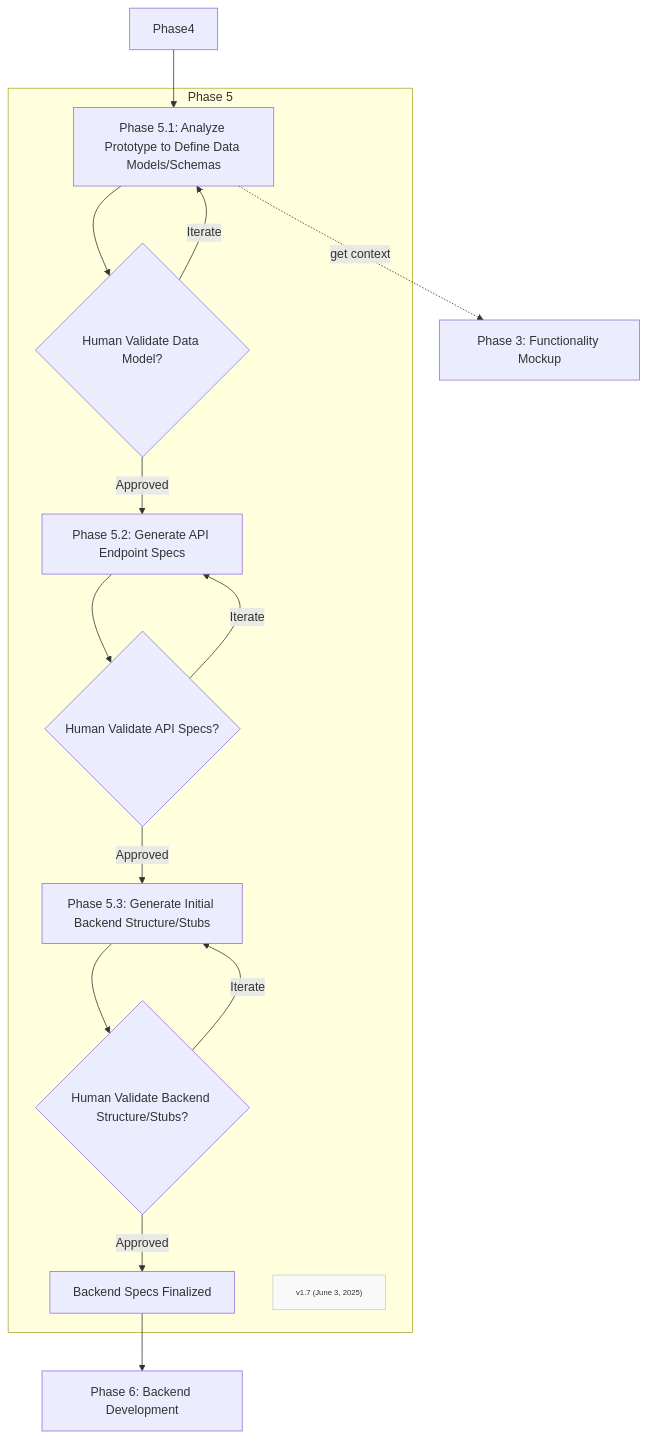
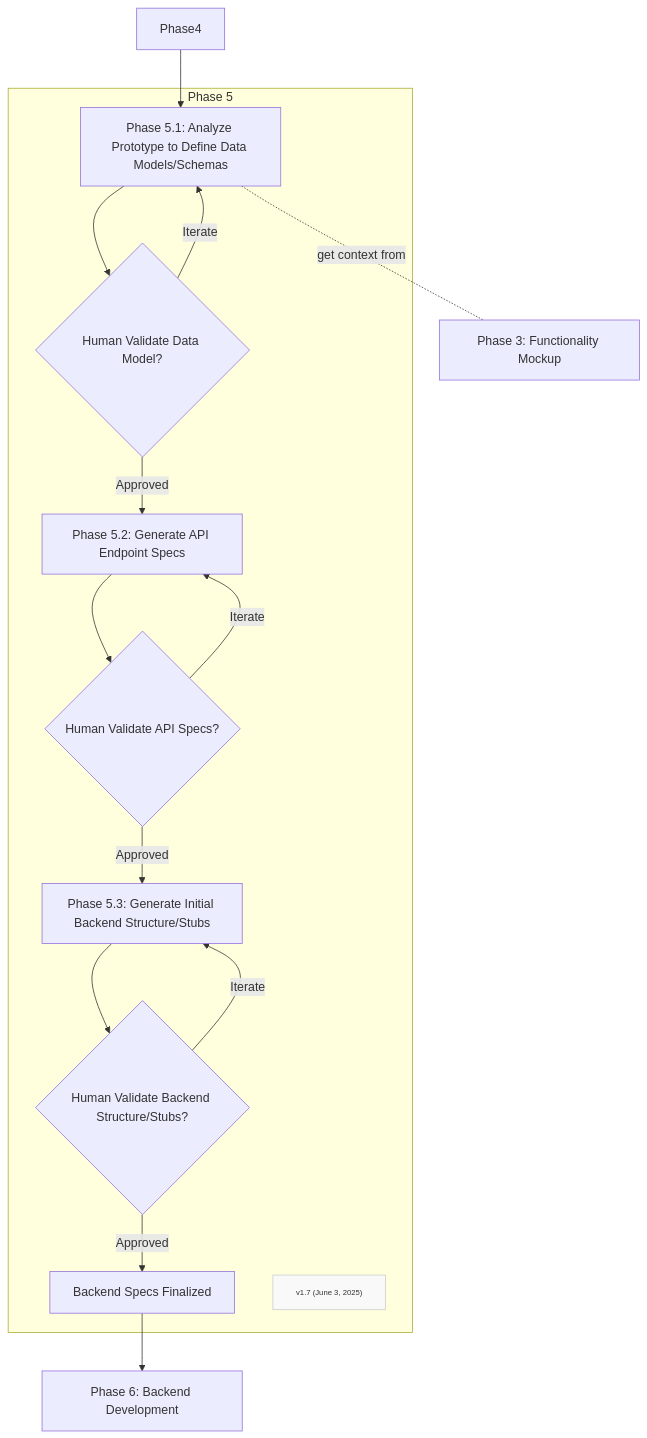
One commit to Mharbulous/Front-First-Method changed the diagram in Phases/FF-phase5.md. Above: the diagram before and after it, drawn with Mermaid.

Commit message:
refine phase 5 diagram

````diff
--- a/Phases/FF-phase5.md
+++ b/Phases/FF-phase5.md
@@ -1,25 +1,25 @@
 ```mermaid
 graph TD
 
 Phase4 --> Phase5_1
 
     subgraph Phase5["Phase 5"]
         Phase5_1["Phase 5.1: Analyze Prototype to Define Data Models/Schemas"]    
         Phase5_1 --> Phase5_1_Val{"Human Validate Data Model?"}
         Phase5_1_Val -->|Iterate| Phase5_1
         Phase5_1_Val -->|Approved| Phase5_2["Phase 5.2: Generate API Endpoint Specs"]
         Phase5_2 --> Phase5_2_Val{"Human Validate API Specs?"}
         Phase5_2_Val -->|Iterate| Phase5_2
         Phase5_2_Val -->|Approved| Phase5_3["Phase 5.3: Generate Initial Backend Structure/Stubs"]
         Phase5_3 --> Phase5_3_Val{"Human Validate Backend Structure/Stubs?"}
         Phase5_3_Val -->|Iterate| Phase5_3
         Phase5_3_Val -->|Approved| BackendSpecsFinalized["Backend Specs Finalized"]
         Version["v1.7 (June 3, 2025)"]
         classDef version fill:#f9f9f9,stroke:#ccc,font-size:10px
         class Version version
     end
  
-Phase5_1 -.->|get context|Phase3["Phase 3: Functionality Mockup"]
+Phase5_1 <-.-|get context from|Phase3["Phase 3: Functionality Mockup"]
 
 BackendSpecsFinalized --> Phase6["Phase 6: Backend Development"]
 ```
````
